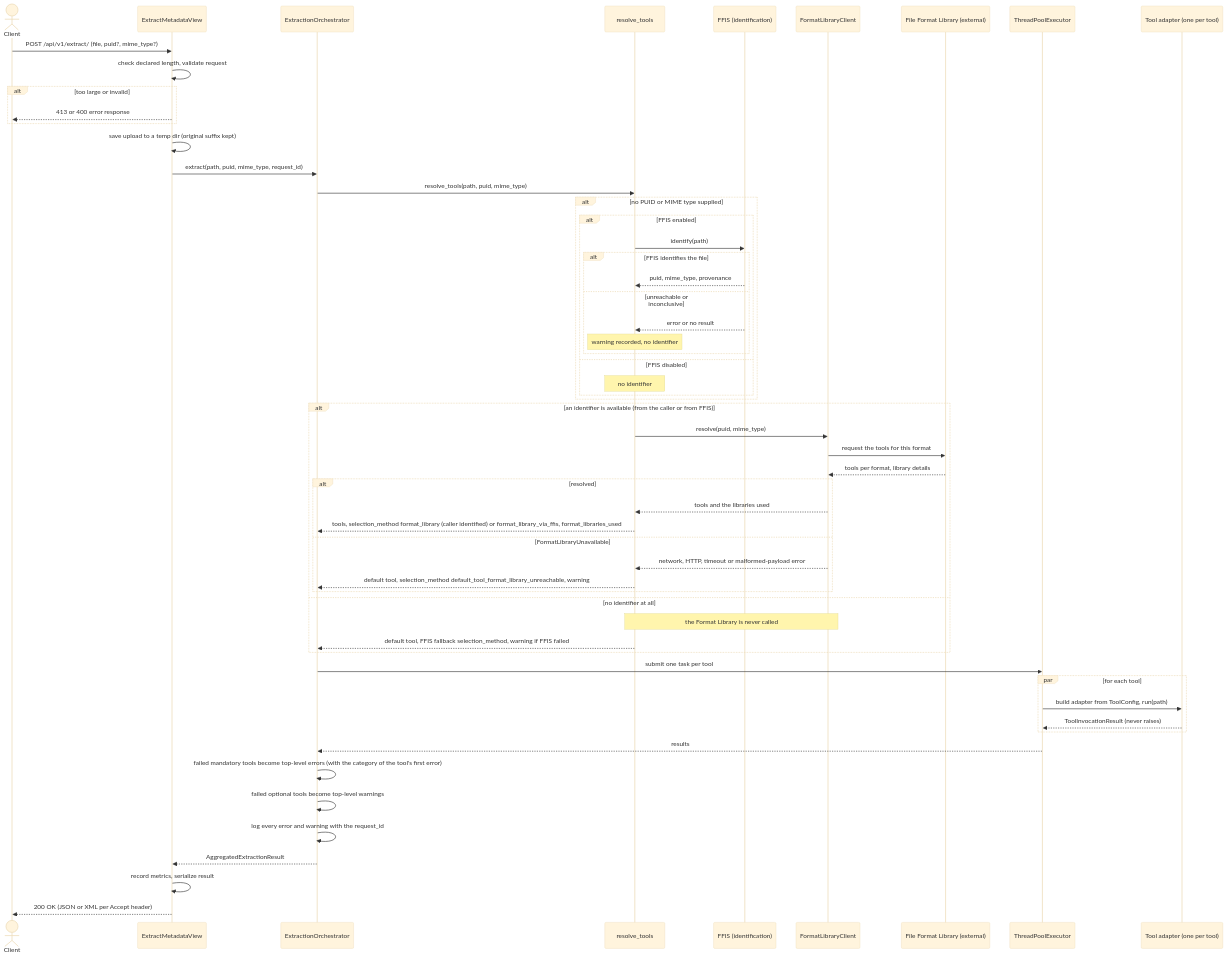
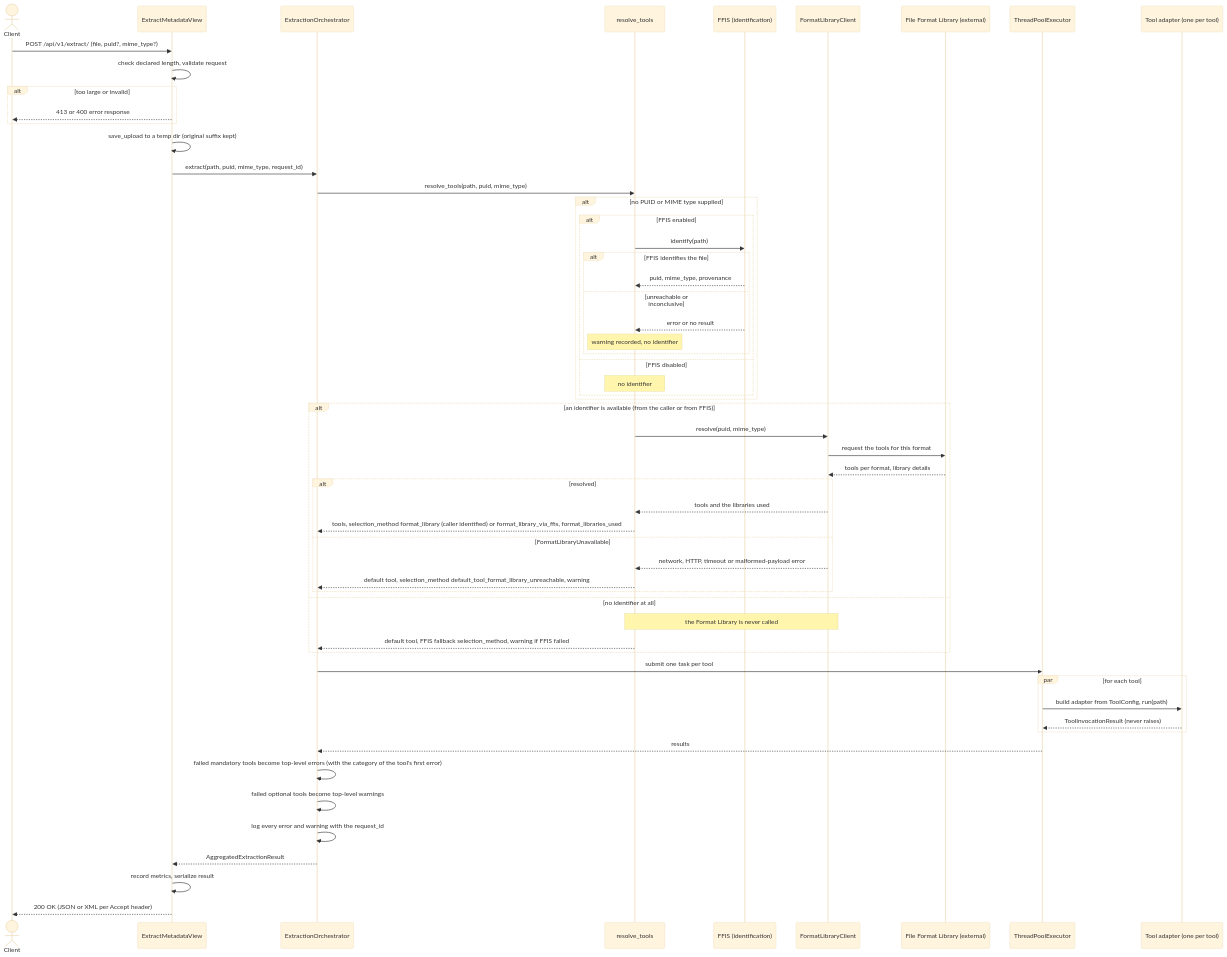
One commit to EOSC-EDEN/metadata-extraction-service changed the first of 6 diagrams in docs/diagrams.md. Above: the diagram before and after it, drawn with Mermaid (base theme). The commit also changed other lines of this file, not shown here.

Commit message:
Update uml diagrams with batch and async support

````diff
--- a/docs/diagrams.md
+++ b/docs/diagrams.md
@@ -38,61 +40,61 @@
 ```mermaid
 sequenceDiagram
     actor Client
     participant API as ExtractMetadataView
     participant Orch as ExtractionOrchestrator
     participant Res as resolve_tools
     participant FFIS as FFIS (identification)
     participant FL as FormatLibraryClient
     participant Lib as File Format Library (external)
     participant Pool as ThreadPoolExecutor
     participant Adapter as Tool adapter (one per tool)
 
     Client->>API: POST /api/v1/extract/ (file, puid?, mime_type?)
     API->>API: check declared length, validate request
     alt too large or invalid
         API-->>Client: 413 or 400 error response
     end
-    API->>API: save upload to a temp dir (original suffix kept)
+    API->>API: save_upload to a temp dir (original suffix kept)
     API->>Orch: extract(path, puid, mime_type, request_id)
     Orch->>Res: resolve_tools(path, puid, mime_type)
     alt no PUID or MIME type supplied
         alt FFIS enabled
             Res->>FFIS: identify(path)
             alt FFIS identifies the file
                 FFIS-->>Res: puid, mime_type, provenance
             else unreachable or inconclusive
                 FFIS-->>Res: error or no result
                 note over Res: warning recorded, no identifier
             end
         else FFIS disabled
             note over Res: no identifier
         end
     end
     alt an identifier is available (from the caller or from FFIS)
         Res->>FL: resolve(puid, mime_type)
         FL->>Lib: request the tools for this format
         Lib-->>FL: tools per format, library details
         alt resolved
             FL-->>Res: tools and the libraries used
             Res-->>Orch: tools, selection_method format_library (caller identified) or format_library_via_ffis, format_libraries_used
         else FormatLibraryUnavailable
             FL-->>Res: network, HTTP, timeout or malformed-payload error
             Res-->>Orch: default tool, selection_method default_tool_format_library_unreachable, warning
         end
     else no identifier at all
         note over Res,FL: the Format Library is never called
         Res-->>Orch: default tool, FFIS fallback selection_method, warning if FFIS failed
     end
     Orch->>Pool: submit one task per tool
     par for each tool
         Pool->>Adapter: build adapter from ToolConfig, run(path)
         Adapter-->>Pool: ToolInvocationResult (never raises)
     end
     Pool-->>Orch: results
     Orch->>Orch: failed mandatory tools become top-level errors (with the category of the tool's first error)
     Orch->>Orch: failed optional tools become top-level warnings
     Orch->>Orch: log every error and warning with the request_id
     Orch-->>API: AggregatedExtractionResult
     API->>API: record metrics, serialize result
     API-->>Client: 200 OK (JSON or XML per Accept header)
 ```
````
